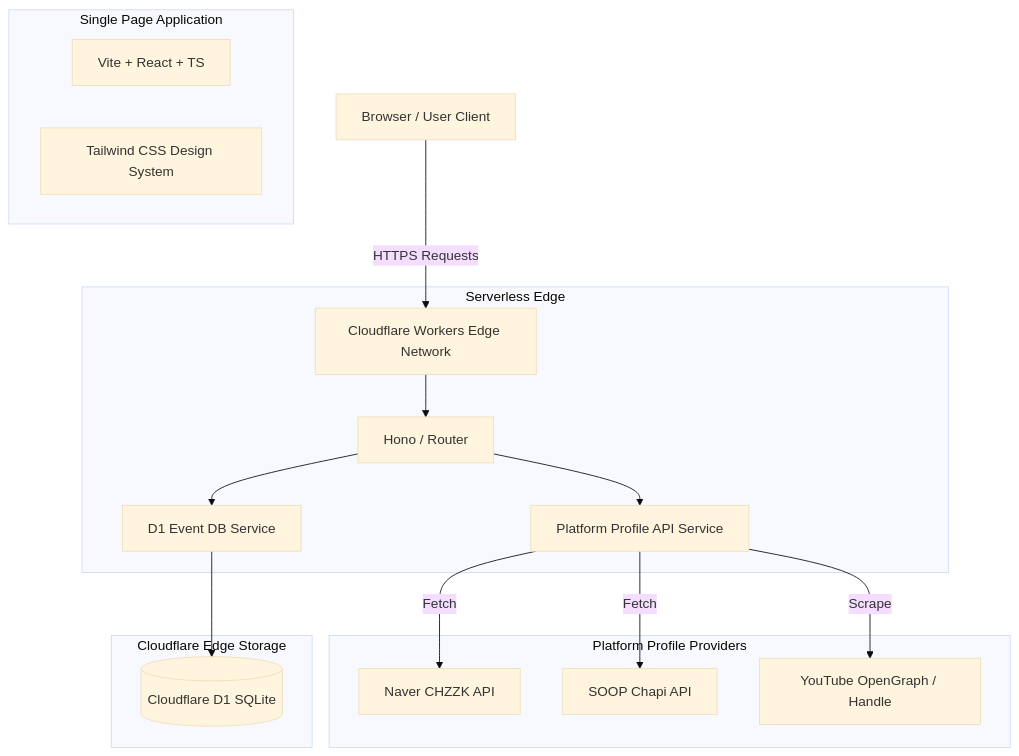
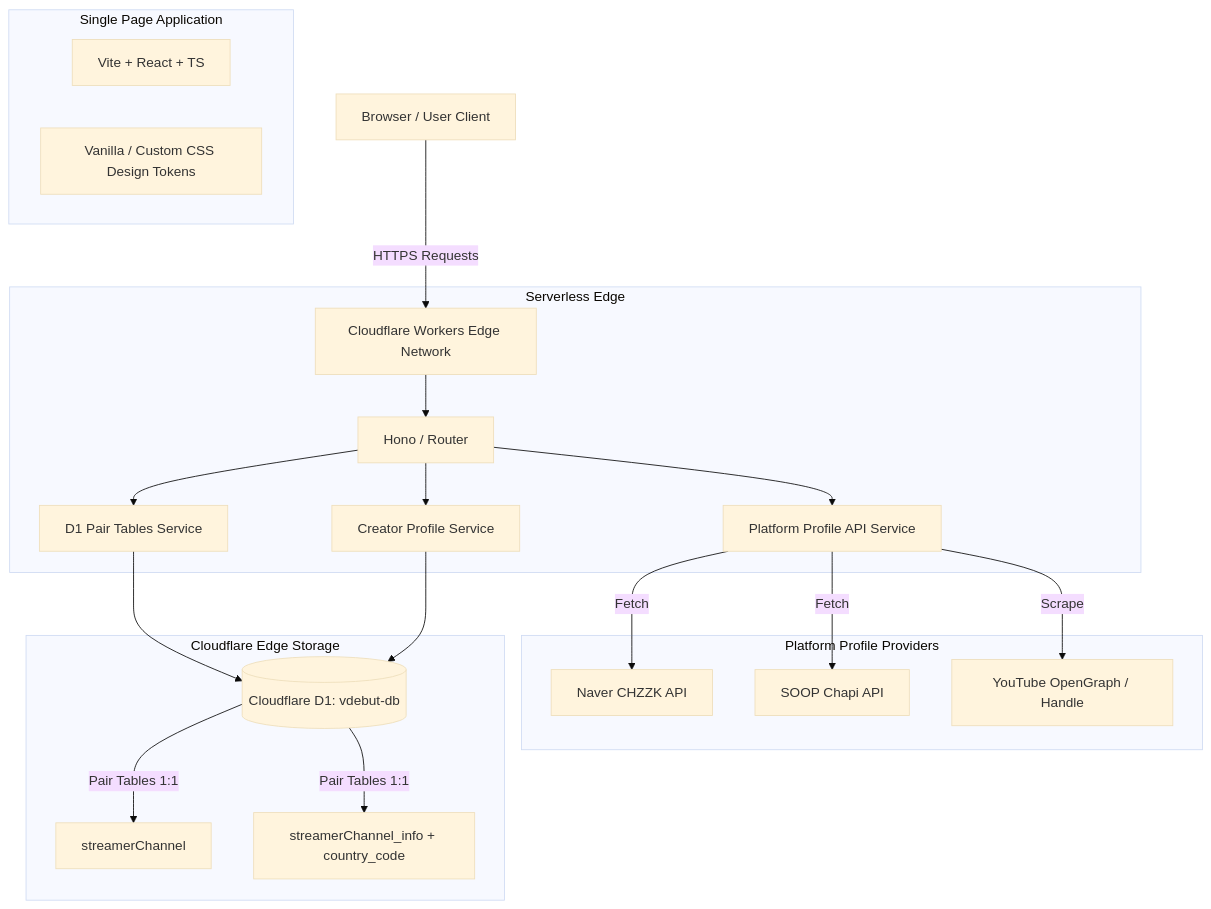
One commit to Ji-ChangKim/StreamingService changed the diagram in 1. 기획문서/02_SYSTEM_ARCHITECTURE.md. Above: the diagram before and after it, drawn with Mermaid (base theme). The commit also changed other lines of this file and 33 other files, not shown here.

````diff
--- a/1. 기획문서/02_SYSTEM_ARCHITECTURE.md
+++ b/1. 기획문서/02_SYSTEM_ARCHITECTURE.md
@@ -9,25 +9,29 @@
 ```mermaid
 graph TD
     Client[Browser / User Client] -->|HTTPS Requests| Worker[Cloudflare Workers Edge Network]
     
     subgraph Frontend [Single Page Application]
         Vite[Vite + React + TS]
-        Tailwind[Tailwind CSS Design System]
+        VanillaCSS[Vanilla / Custom CSS Design Tokens]
     end
 
     subgraph Backend [Serverless Edge]
         Worker --> Router[Hono / Router]
         Router --> ProfileService[Platform Profile API Service]
-        Router --> EventDbService[D1 Event DB Service]
+        Router --> EventDbService[D1 Pair Tables Service]
+        Router --> CreatorDbService[Creator Profile Service]
     end
 
     subgraph External_APIs [Platform Profile Providers]
         ProfileService -->|Fetch| Chzzk[Naver CHZZK API]
         ProfileService -->|Fetch| Soop[SOOP Chapi API]
         ProfileService -->|Scrape| Youtube[YouTube OpenGraph / Handle]
     end
 
     subgraph Database [Cloudflare Edge Storage]
-        EventDbService --> D1[(Cloudflare D1 SQLite)]
+        EventDbService --> D1[(Cloudflare D1: vdebut-db)]
+        CreatorDbService --> D1
+        D1 -->|Pair Tables 1:1| Tbl1[streamerChannel]
+        D1 -->|Pair Tables 1:1| Tbl2[streamerChannel_info + country_code]
     end
 ```
````
